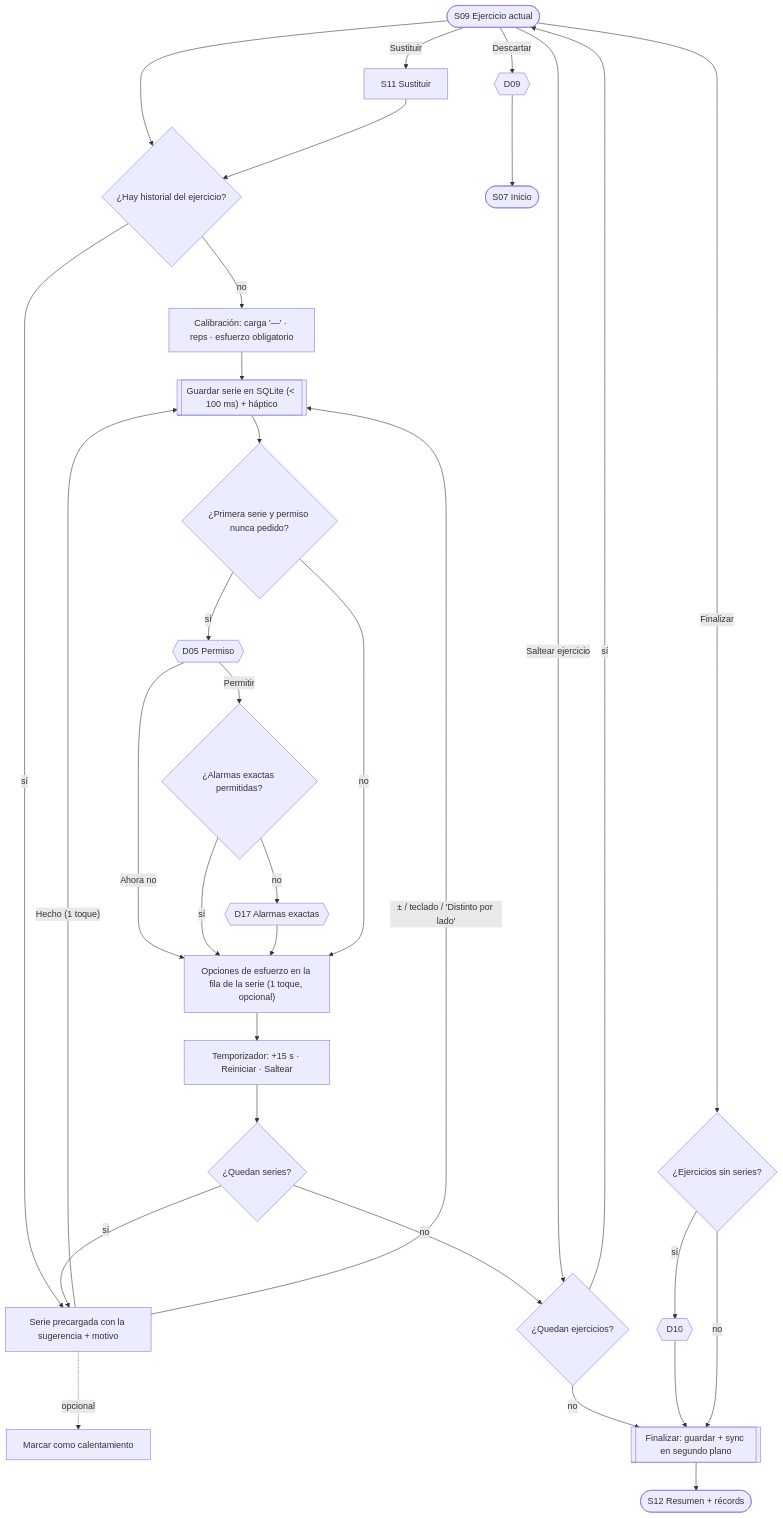
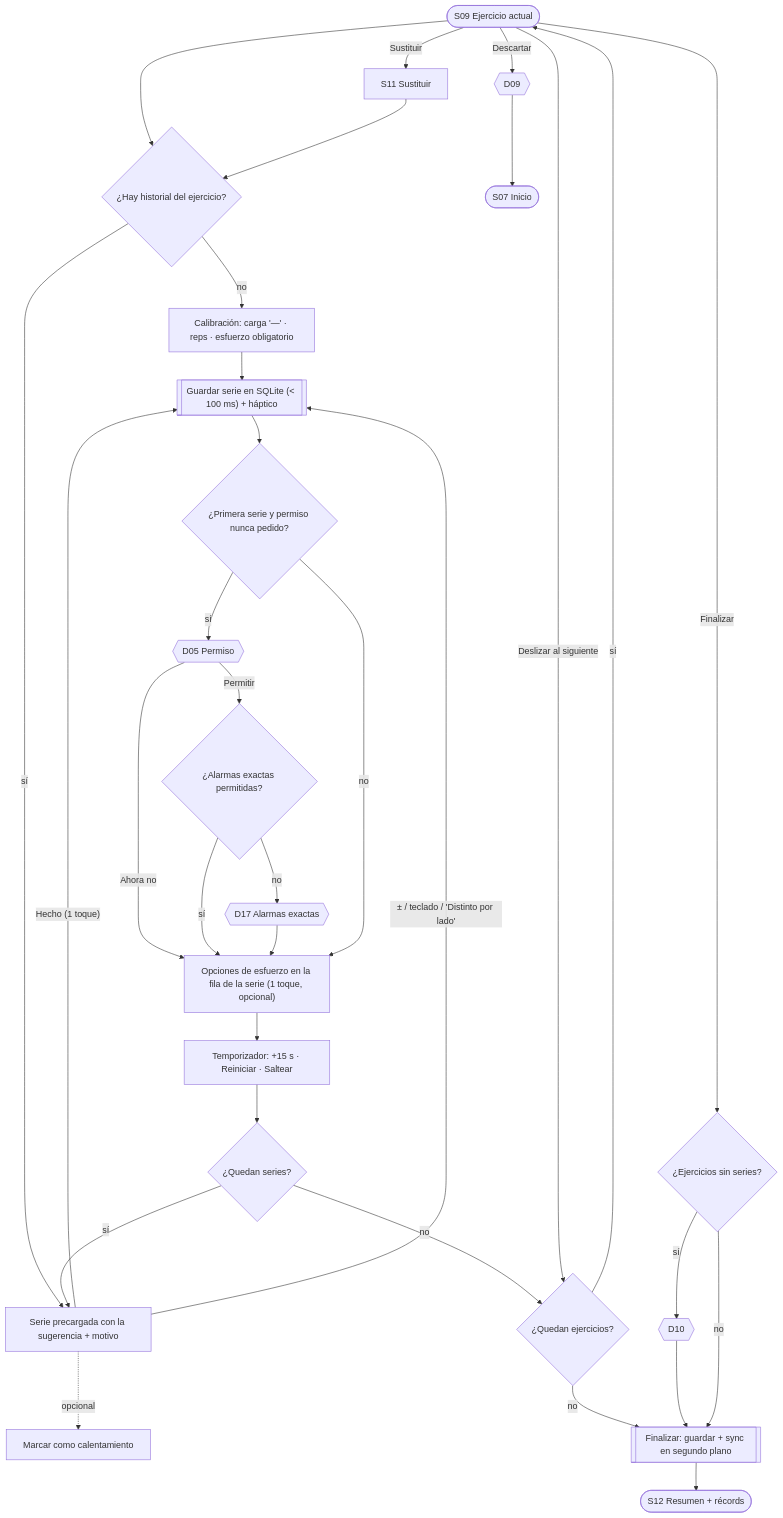
One commit to ivomiyashiro/onerm changed the second of 2 diagrams in docs/especificacion/08-flujos-y-pantallas.md. Above: the diagram before and after it, drawn with Mermaid. The commit also changed other lines of this file and 14 other files, not shown here.

````diff
--- a/docs/especificacion/08-flujos-y-pantallas.md
+++ b/docs/especificacion/08-flujos-y-pantallas.md
@@ -125,30 +125,30 @@
 ```mermaid
 flowchart TD
     S09([S09 Ejercicio actual]) --> HIST{¿Hay historial del ejercicio?}
     HIST -- "no" --> CAL["Calibración: carga '—' · reps · esfuerzo obligatorio"]
     HIST -- "sí" --> PRE["Serie precargada con la sugerencia + motivo"]
     PRE -. "opcional" .-> WU["Marcar como calentamiento"]
     CAL --> LOG
     PRE -- "Hecho (1 toque)" --> LOG[["Guardar serie en SQLite (< 100 ms) + háptico"]]
     PRE -- "± / teclado / 'Distinto por lado'" --> LOG
     LOG --> FIRSTP{¿Primera serie y permiso nunca pedido?}
     FIRSTP -- sí --> D05{{D05 Permiso}}
     D05 -- "Ahora no" --> EFF
     D05 -- "Permitir" --> EXACT{¿Alarmas exactas permitidas?}
     EXACT -- sí --> EFF
     EXACT -- no --> D17{{D17 Alarmas exactas}} --> EFF
     FIRSTP -- no --> EFF["Opciones de esfuerzo en la fila de la serie (1 toque, opcional)"]
     EFF --> TIMER["Temporizador: +15 s · Reiniciar · Saltear"]
     TIMER --> MORE{¿Quedan series?}
     MORE -- sí --> PRE
     MORE -- no --> NEXT{¿Quedan ejercicios?}
     NEXT -- sí --> S09
     NEXT -- no --> FIN
-    S09 -- "Saltear ejercicio" --> NEXT
+    S09 -- "Deslizar al siguiente" --> NEXT
     S09 -- "Sustituir" --> S11[S11 Sustituir] --> HIST
     S09 -- "Finalizar" --> PEND{¿Ejercicios sin series?}
     PEND -- sí --> D10{{D10}} --> FIN
     PEND -- no --> FIN[[Finalizar: guardar + sync en segundo plano]]
     FIN --> S12([S12 Resumen + récords])
     S09 -- "Descartar" --> D09{{D09}} --> S07([S07 Inicio])
 ```
````
